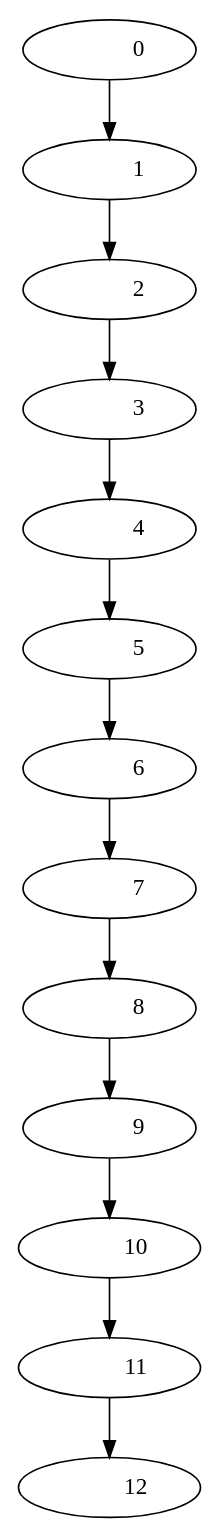
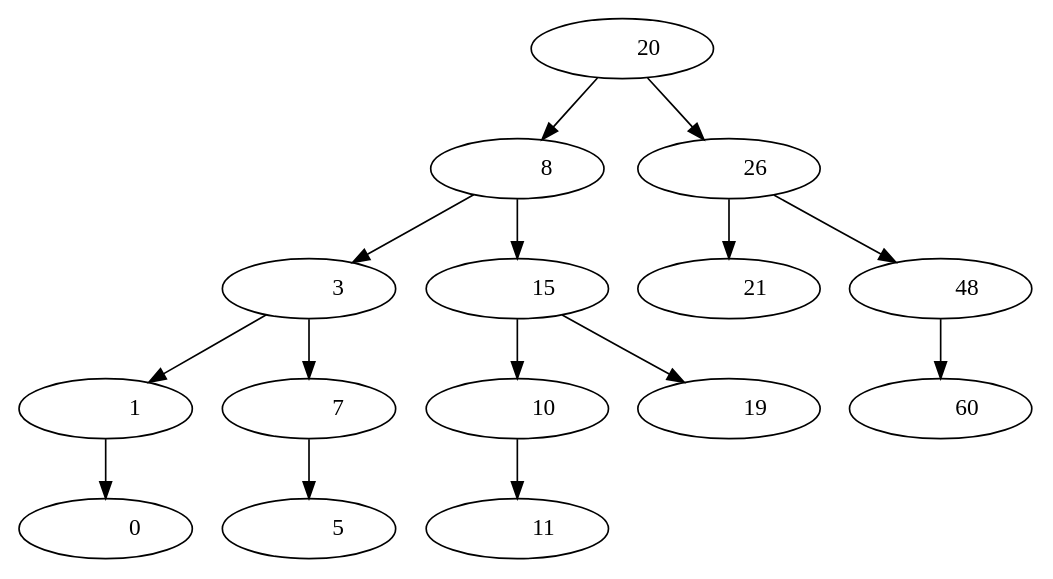
One commit to KINGR0X/EDD_PROYECTO_202044192 changed the diagram in Fase2/arbol_b.dot. Above: the diagram before and after it, drawn with Graphviz. The commit also changed 68 other files, not shown here.

```diff
--- a/Fase2/arbol_b.dot
+++ b/Fase2/arbol_b.dot
@@ -1,27 +1,31 @@
  digraph G {
- "Nodo77167b3d-4be1-4f07-4e6a-e8ecd62a8470"[label = "           0 "]
- "Nodo77167b3d-4be1-4f07-4e6a-e8ecd62a8470"->"Nodo62661594-1c0d-419f-763c-91e51ee6ad65"
- "Nodo62661594-1c0d-419f-763c-91e51ee6ad65"[label = "           1 "]
- "Nodo62661594-1c0d-419f-763c-91e51ee6ad65"->"Nodofc0a5b45-d228-4359-5c91-56ecff821fa6"
- "Nodofc0a5b45-d228-4359-5c91-56ecff821fa6"[label = "           2 "]
- "Nodofc0a5b45-d228-4359-5c91-56ecff821fa6"->"Nodo998dc5c2-cd2b-4bd1-5ab3-8a287e9e6643"
- "Nodo998dc5c2-cd2b-4bd1-5ab3-8a287e9e6643"[label = "           3 "]
- "Nodo998dc5c2-cd2b-4bd1-5ab3-8a287e9e6643"->"Nodofb0fc416-1759-48d9-4469-6c8ddb5f2a4c"
- "Nodofb0fc416-1759-48d9-4469-6c8ddb5f2a4c"[label = "           4 "]
- "Nodofb0fc416-1759-48d9-4469-6c8ddb5f2a4c"->"Nodof2a6e8a4-9509-49aa-48b1-4b4a3be65896"
- "Nodof2a6e8a4-9509-49aa-48b1-4b4a3be65896"[label = "           5 "]
- "Nodof2a6e8a4-9509-49aa-48b1-4b4a3be65896"->"Nodofc3565db-c819-4439-5294-ed78ffef0b1d"
- "Nodofc3565db-c819-4439-5294-ed78ffef0b1d"[label = "           6 "]
- "Nodofc3565db-c819-4439-5294-ed78ffef0b1d"->"Nodof5c7fdc3-a84c-4965-5f17-e48a7d7fc188"
- "Nodof5c7fdc3-a84c-4965-5f17-e48a7d7fc188"[label = "           7 "]
- "Nodof5c7fdc3-a84c-4965-5f17-e48a7d7fc188"->"Nodo5958dcf2-f764-4b96-648a-2d91e7df7d22"
- "Nodo5958dcf2-f764-4b96-648a-2d91e7df7d22"[label = "           8 "]
- "Nodo5958dcf2-f764-4b96-648a-2d91e7df7d22"->"Nodoa34d758f-931e-461c-7bb6-640cf7ce09bf"
- "Nodoa34d758f-931e-461c-7bb6-640cf7ce09bf"[label = "           9 "]
- "Nodoa34d758f-931e-461c-7bb6-640cf7ce09bf"->"Nodoec365016-b78e-4948-456d-32e7f3ff5bff"
- "Nodoec365016-b78e-4948-456d-32e7f3ff5bff"[label = "          10 "]
- "Nodoec365016-b78e-4948-456d-32e7f3ff5bff"->"Nodof3e59205-c991-4432-6d12-5268fffc1032"
- "Nodof3e59205-c991-4432-6d12-5268fffc1032"[label = "          11 "]
- "Nodof3e59205-c991-4432-6d12-5268fffc1032"->"Nodo75836276-f1a0-4319-561e-264db5ee5b06"
- "Nodo75836276-f1a0-4319-561e-264db5ee5b06"[label = "          12 "]
+ "Nodob926d2dc-9d32-4769-72a5-9ce3dfe2b9f1"[label = "          20 "]
+ "Nodob926d2dc-9d32-4769-72a5-9ce3dfe2b9f1"->"Nodo1e528362-7548-4769-6e5b-5ba5e75f9c57"
+ "Nodob926d2dc-9d32-4769-72a5-9ce3dfe2b9f1"->"Nodobc5eaf1f-2b86-4fe6-4ff7-03ffb7ff051e"
+ "Nodo1e528362-7548-4769-6e5b-5ba5e75f9c57"[label = "           8 "]
+ "Nodo1e528362-7548-4769-6e5b-5ba5e75f9c57"->"Nodof1b7c6aa-21ff-43df-5d6c-8011dcdff3f9"
+ "Nodo1e528362-7548-4769-6e5b-5ba5e75f9c57"->"Nodof77b18da-2caf-4fc1-7c0f-8e6fffaf0045"
+ "Nodof1b7c6aa-21ff-43df-5d6c-8011dcdff3f9"[label = "           3 "]
+ "Nodof1b7c6aa-21ff-43df-5d6c-8011dcdff3f9"->"Nodobb546cbf-853f-495a-56bf-c43699ff5add"
+ "Nodof1b7c6aa-21ff-43df-5d6c-8011dcdff3f9"->"Nodo7a1ea9b4-af25-4584-7b7e-a771bcefd4be"
+ "Nodobb546cbf-853f-495a-56bf-c43699ff5add"[label = "           1 "]
+ "Nodobb546cbf-853f-495a-56bf-c43699ff5add"->"Nodo58bf5ea0-3b5f-494e-4215-ba2b77bd668f"
+ "Nodo58bf5ea0-3b5f-494e-4215-ba2b77bd668f"[label = "           0 "]
+ "Nodo7a1ea9b4-af25-4584-7b7e-a771bcefd4be"[label = "           7 "]
+ "Nodo7a1ea9b4-af25-4584-7b7e-a771bcefd4be"->"Nodof3d25148-4c58-4db9-6876-8f60fbf13ec3"
+ "Nodof3d25148-4c58-4db9-6876-8f60fbf13ec3"[label = "           5 "]
+ "Nodof77b18da-2caf-4fc1-7c0f-8e6fffaf0045"[label = "          15 "]
+ "Nodof77b18da-2caf-4fc1-7c0f-8e6fffaf0045"->"Nododf8e0ced-4bfe-4386-61ad-cb2c157fd318"
+ "Nodof77b18da-2caf-4fc1-7c0f-8e6fffaf0045"->"Nodo80beede3-2167-41cf-42aa-a98fffcb77e4"
+ "Nododf8e0ced-4bfe-4386-61ad-cb2c157fd318"[label = "          10 "]
+ "Nododf8e0ced-4bfe-4386-61ad-cb2c157fd318"->"Nodo35728acc-5bcc-4a13-762d-d99cdffc2941"
+ "Nodo35728acc-5bcc-4a13-762d-d99cdffc2941"[label = "          11 "]
+ "Nodo80beede3-2167-41cf-42aa-a98fffcb77e4"[label = "          19 "]
+ "Nodobc5eaf1f-2b86-4fe6-4ff7-03ffb7ff051e"[label = "          26 "]
+ "Nodobc5eaf1f-2b86-4fe6-4ff7-03ffb7ff051e"->"Nodof0342106-9ad0-4b45-5734-eabdec3bb016"
+ "Nodobc5eaf1f-2b86-4fe6-4ff7-03ffb7ff051e"->"Nodob7fa4019-4fb5-4d9d-466e-85afbfdae4f6"
+ "Nodof0342106-9ad0-4b45-5734-eabdec3bb016"[label = "          21 "]
+ "Nodob7fa4019-4fb5-4d9d-466e-85afbfdae4f6"[label = "          48 "]
+ "Nodob7fa4019-4fb5-4d9d-466e-85afbfdae4f6"->"Nodofa089ed5-b33f-4d95-40aa-37b3ff322c04"
+ "Nodofa089ed5-b33f-4d95-40aa-37b3ff322c04"[label = "          60 "]
  }
```
